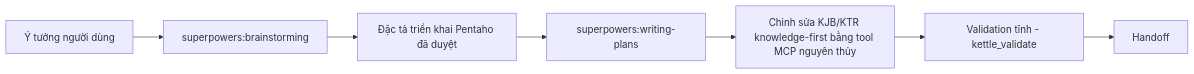
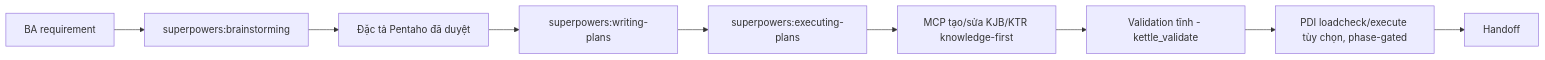
One commit to TumRoyall/pentaho-mcp-server changed the first of 2 diagrams in README.md. Above: the diagram before and after it, drawn with Mermaid. The commit also changed other lines of this file and 14 other files, not shown here.

````diff
--- a/README.md
+++ b/README.md
@@ -34,9 +34,11 @@
 ```mermaid
 flowchart LR
-    Idea[Ý tưởng người dùng] --> BS[superpowers:brainstorming]
-    BS --> Spec[Đặc tả triển khai Pentaho đã duyệt]
+    BA[BA requirement] --> BS[superpowers:brainstorming]
+    BS --> Spec[Đặc tả Pentaho đã duyệt]
     Spec --> Plan[superpowers:writing-plans]
-    Plan --> Edit[Chỉnh sửa KJB/KTR knowledge-first bằng tool MCP nguyên thủy]
+    Plan --> Exec[superpowers:executing-plans]
+    Exec --> Edit[MCP tạo/sửa KJB/KTR knowledge-first]
     Edit --> Val[Validation tĩnh - kettle_validate]
-    Val --> Handoff[Handoff]
+    Val --> RT[PDI loadcheck/execute tùy chọn, phase-gated]
+    RT --> Handoff[Handoff]
 ```
````
